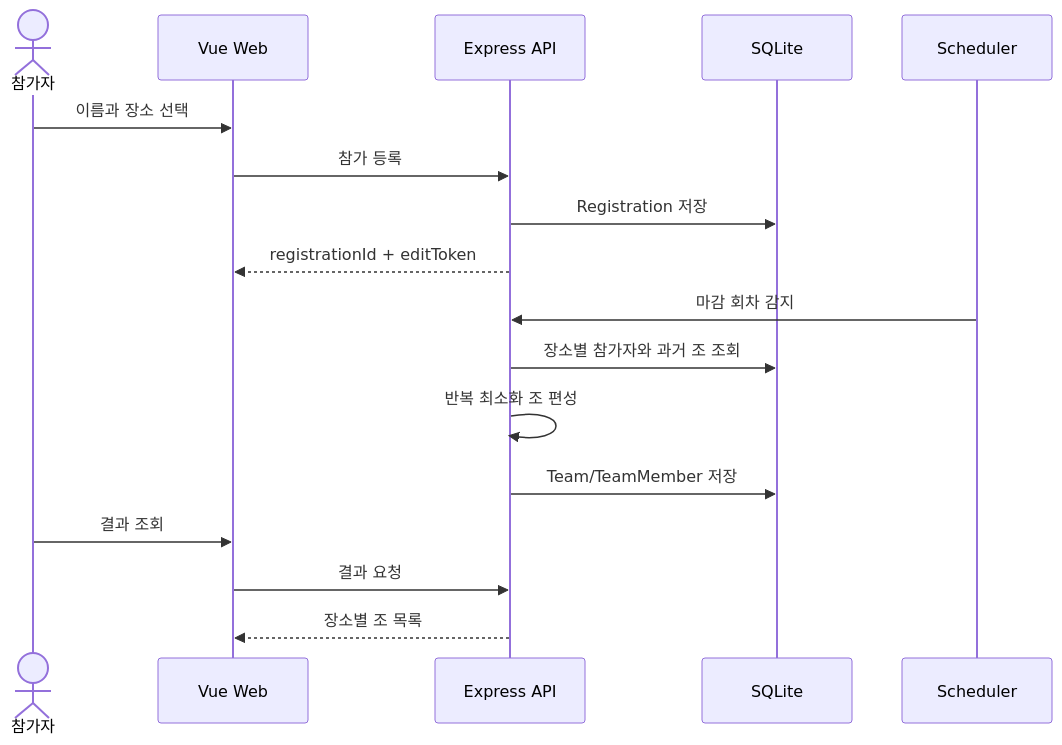
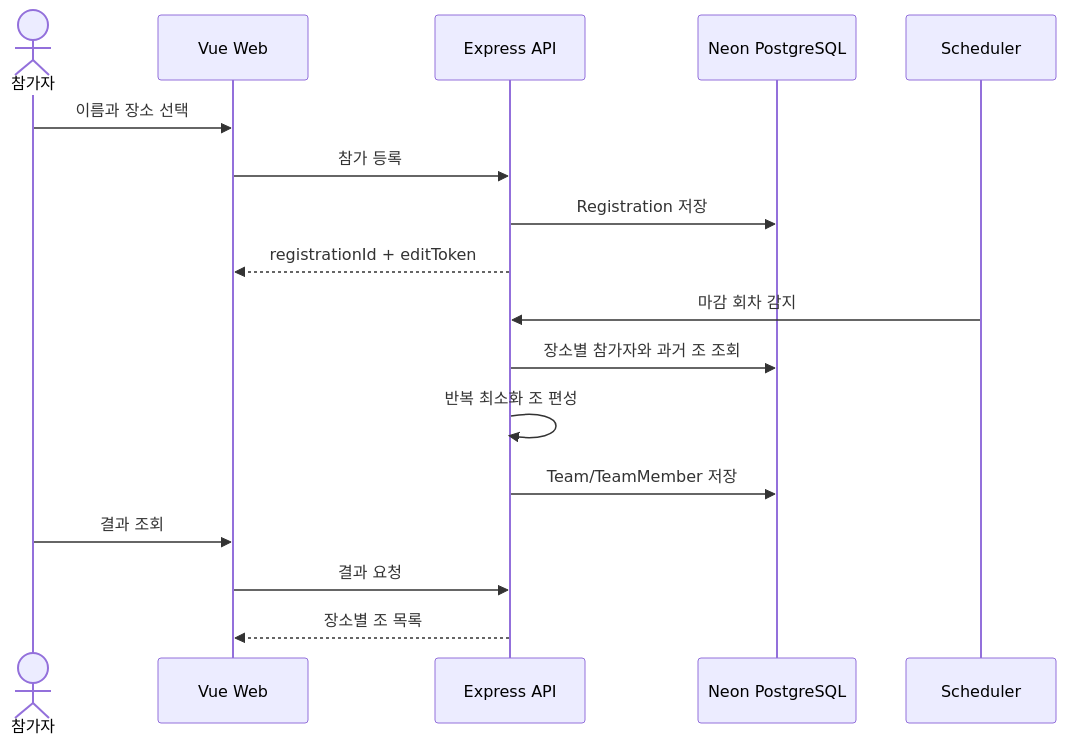
Before and after one commit to SsaBob-Eleven/SsaBob-Eleven: the first of 5 diagrams in docs/system-design.md, drawn with Mermaid. The commit also changed other lines of this file and 15 other files, not shown here.

Commit message:
feat: migrate persistence to Neon PostgreSQL

````diff
--- a/docs/system-design.md
+++ b/docs/system-design.md
@@ -85,20 +85,20 @@
 ```mermaid
 sequenceDiagram
     actor U as 참가자
     participant W as Vue Web
     participant A as Express API
-    participant D as SQLite
+    participant D as Neon PostgreSQL
     participant S as Scheduler
 
     U->>W: 이름과 장소 선택
     W->>A: 참가 등록
     A->>D: Registration 저장
     A-->>W: registrationId + editToken
     S->>A: 마감 회차 감지
     A->>D: 장소별 참가자와 과거 조 조회
     A->>A: 반복 최소화 조 편성
     A->>D: Team/TeamMember 저장
     U->>W: 결과 조회
     W->>A: 결과 요청
     A-->>W: 장소별 조 목록
 ```
````
